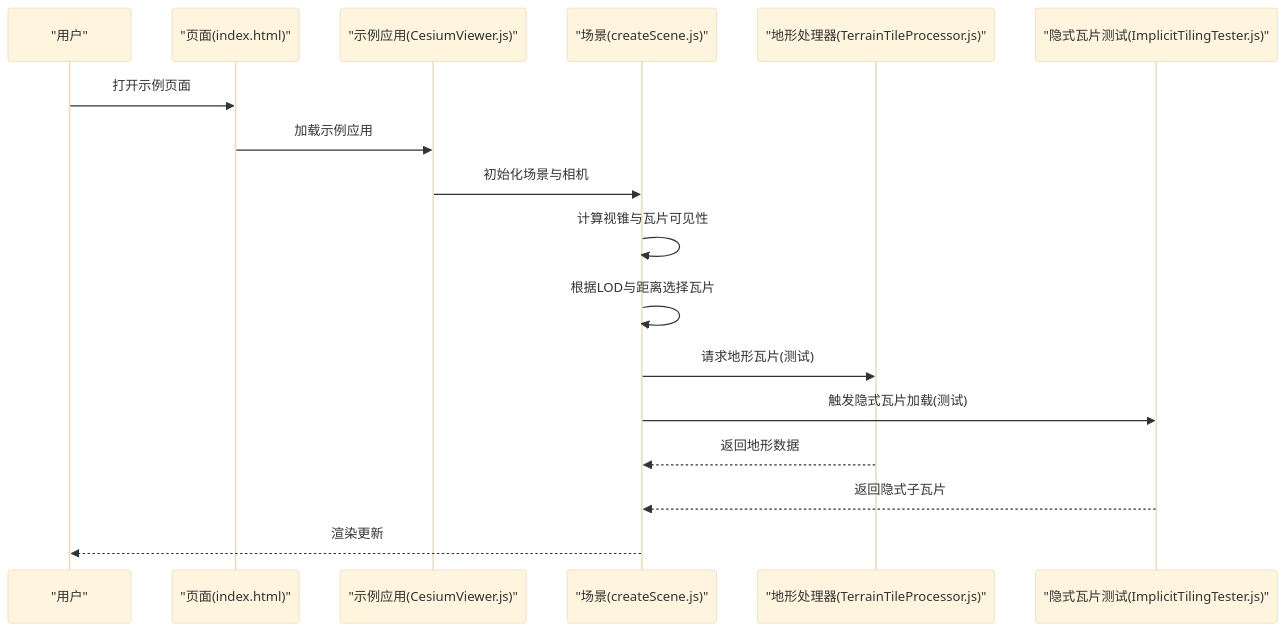
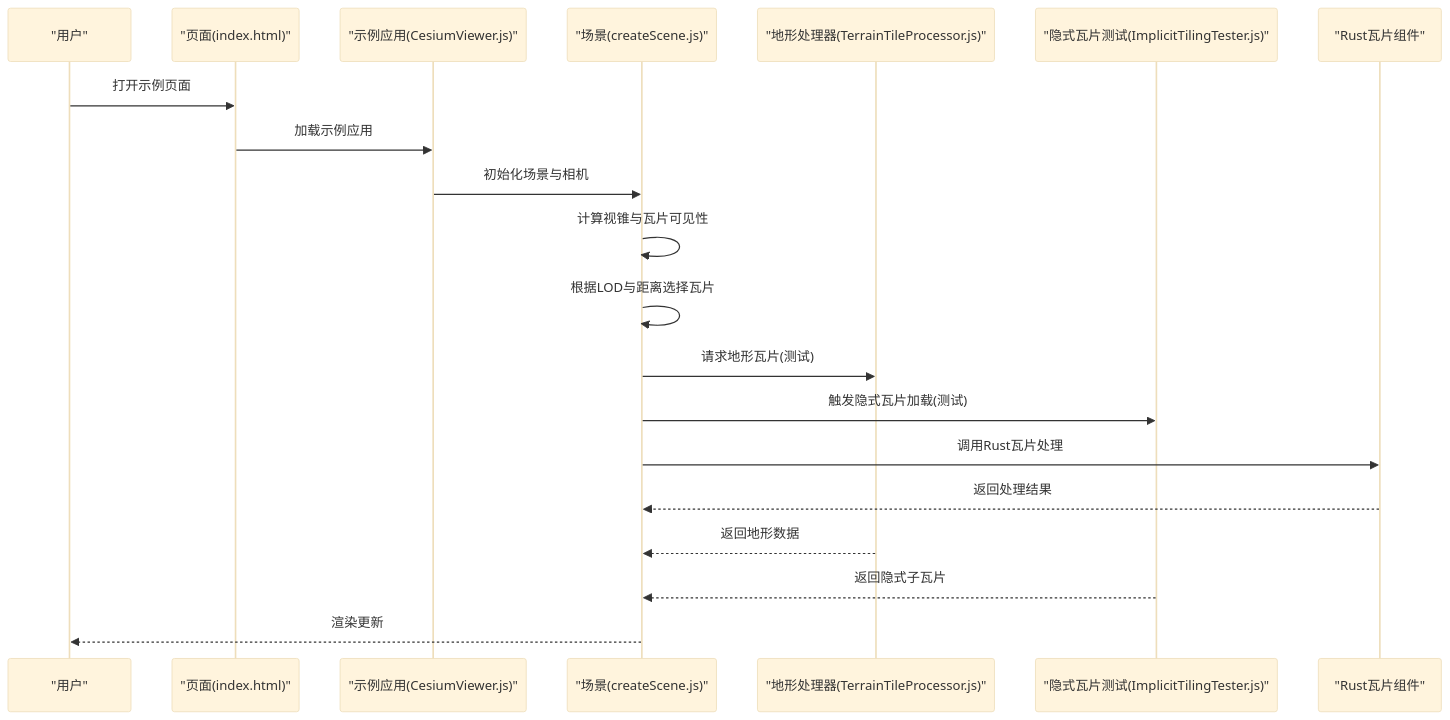
Before and after one commit to rzhangjing/cesium: the second of 7 diagrams in .qoder/repowiki/zh/content/性能优化/数据加载优化/瓦片加载策略.md, drawn with Mermaid (base theme). The commit also changed other lines of this file and 56 other files, not shown here.

````diff
--- a/.qoder/repowiki/zh/content/性能优化/数据加载优化/瓦片加载策略.md
+++ b/.qoder/repowiki/zh/content/性能优化/数据加载优化/瓦片加载策略.md
@@ -69,19 +84,22 @@
 ```mermaid
 sequenceDiagram
 participant U as "用户"
 participant P as "页面(index.html)"
 participant V as "示例应用(CesiumViewer.js)"
 participant S as "场景(createScene.js)"
 participant T as "地形处理器(TerrainTileProcessor.js)"
 participant I as "隐式瓦片测试(ImplicitTilingTester.js)"
+participant R as "Rust瓦片组件"
 U->>P : 打开示例页面
 P->>V : 加载示例应用
 V->>S : 初始化场景与相机
 S->>S : 计算视锥与瓦片可见性
 S->>S : 根据LOD与距离选择瓦片
 S->>T : 请求地形瓦片(测试)
 S->>I : 触发隐式瓦片加载(测试)
+S->>R : 调用Rust瓦片处理
+R-->>S : 返回处理结果
 T-->>S : 返回地形数据
 I-->>S : 返回隐式子瓦片
 S-->>U : 渲染更新
 ```
````
